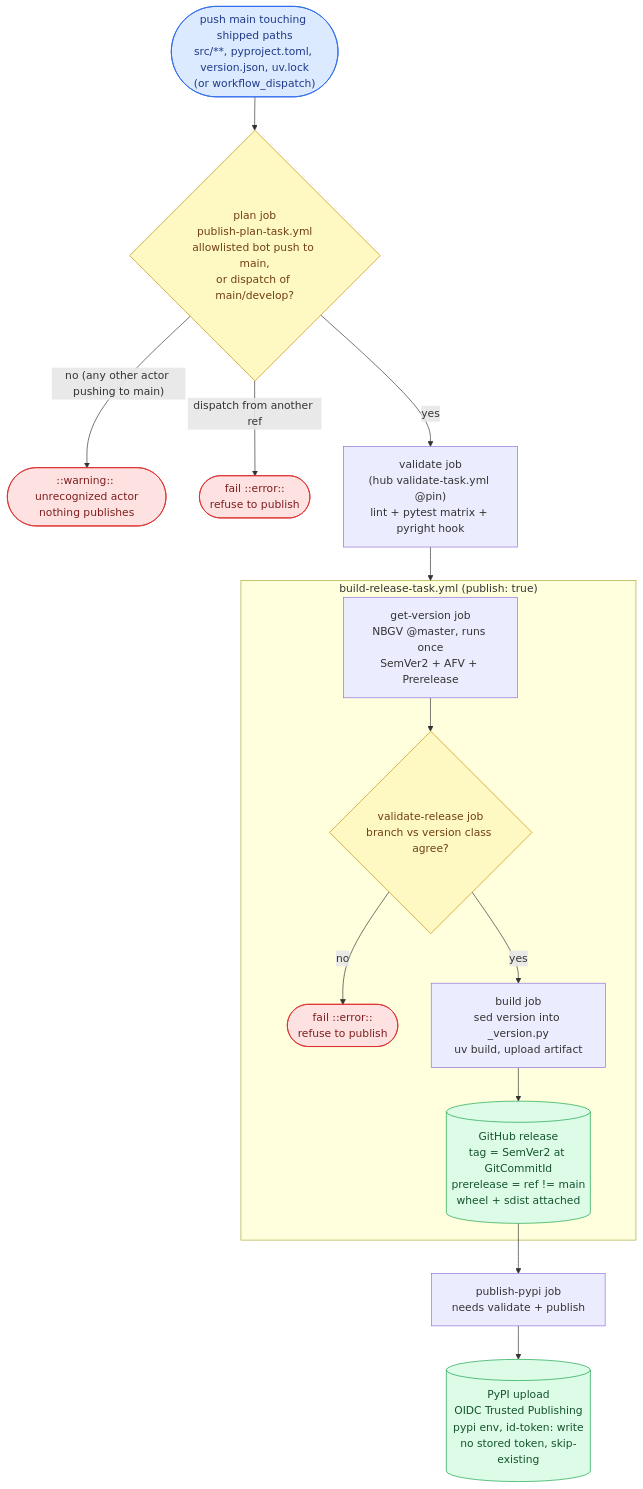
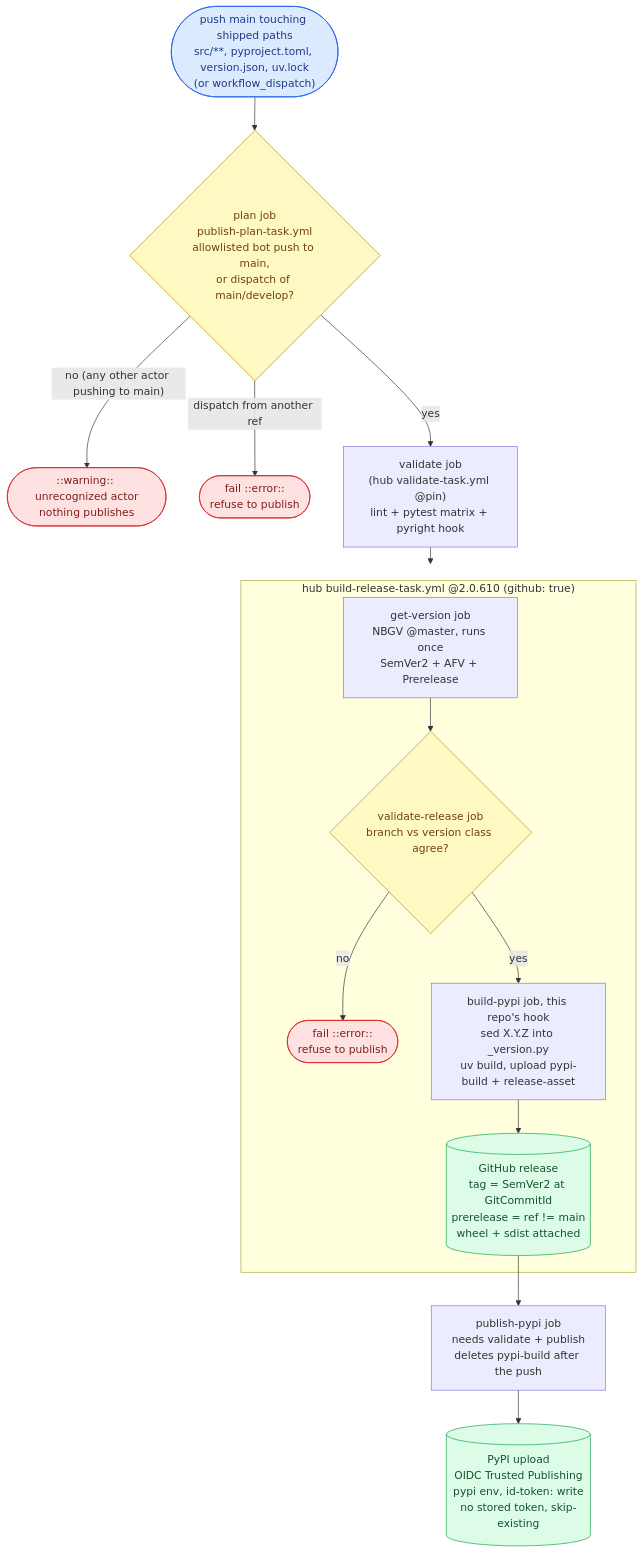
The second of 3 diagrams in WORKFLOW.md (ptr727/aiopurpleair), drawn with Mermaid before and after one commit. The commit also changed other lines of this file and 6 other files, not shown here.

First line of the commit message:
Adopt the hub release chain with a build-pypi caller hook

````diff
--- a/WORKFLOW.md
+++ b/WORKFLOW.md
@@ -134,21 +135,21 @@
 ```mermaid
 flowchart TD
     P(["push main touching shipped paths<br/>src/**, pyproject.toml, version.json, uv.lock<br/>(or workflow_dispatch)"]):::trig --> PLAN
     PLAN{"plan job<br/>publish-plan-task.yml<br/>allowlisted bot push to main,<br/>or dispatch of main/develop?"}:::gate
     PLAN -- "no (any other actor pushing to main)" --> NOP(["::warning:: unrecognized actor<br/>nothing publishes"]):::stop
     PLAN -- "dispatch from another ref" --> DX(["fail ::error::<br/>refuse to publish"]):::stop
     PLAN -- "yes" --> VAL["validate job<br/>(hub validate-task.yml @pin)<br/>lint + pytest matrix + pyright hook"]
     VAL --> BUILD
-    subgraph BUILD ["build-release-task.yml (publish: true)"]
+    subgraph BUILD ["hub build-release-task.yml @2.0.610 (github: true)"]
         GV["get-version job<br/>NBGV @master, runs once<br/>SemVer2 + AFV + Prerelease"] --> VR{"validate-release job<br/>branch vs version class agree?"}:::gate
         VR -- "no" --> VRX(["fail ::error::<br/>refuse to publish"]):::stop
-        VR -- "yes" --> BD["build job<br/>sed version into _version.py<br/>uv build, upload artifact"]
+        VR -- "yes" --> BD["build-pypi job, this repo's hook<br/>sed X.Y.Z into _version.py<br/>uv build, upload pypi-build + release-asset"]
         BD --> REL[("GitHub release<br/>tag = SemVer2 at GitCommitId<br/>prerelease = ref != main<br/>wheel + sdist attached")]:::pub
     end
-    REL --> PP["publish-pypi job<br/>needs validate + publish"]
+    REL --> PP["publish-pypi job<br/>needs validate + publish<br/>deletes pypi-build after the push"]
     PP --> PYPI[("PyPI upload<br/>OIDC Trusted Publishing<br/>pypi env, id-token: write<br/>no stored token, skip-existing")]:::pub
     classDef trig fill:#dbeafe,stroke:#2563eb,color:#1e3a8a
     classDef gate fill:#fef9c3,stroke:#ca8a04,color:#713f12
     classDef pub fill:#dcfce7,stroke:#16a34a,color:#14532d
     classDef stop fill:#fee2e2,stroke:#dc2626,color:#7f1d1d
 ```
````
